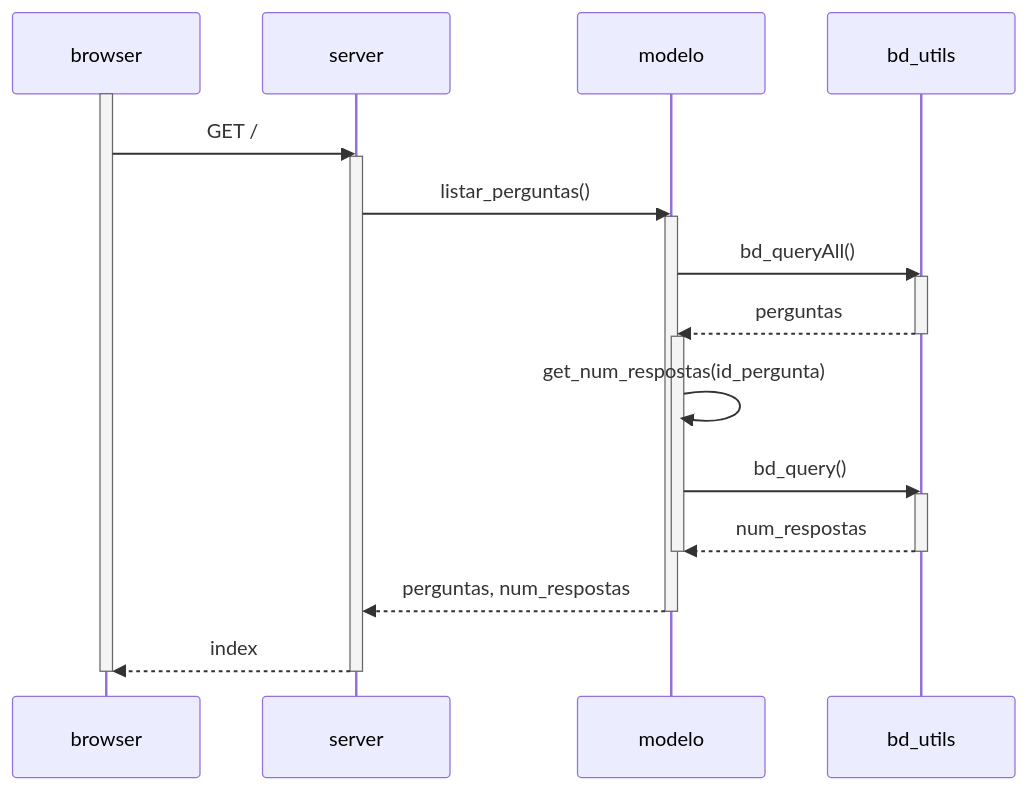
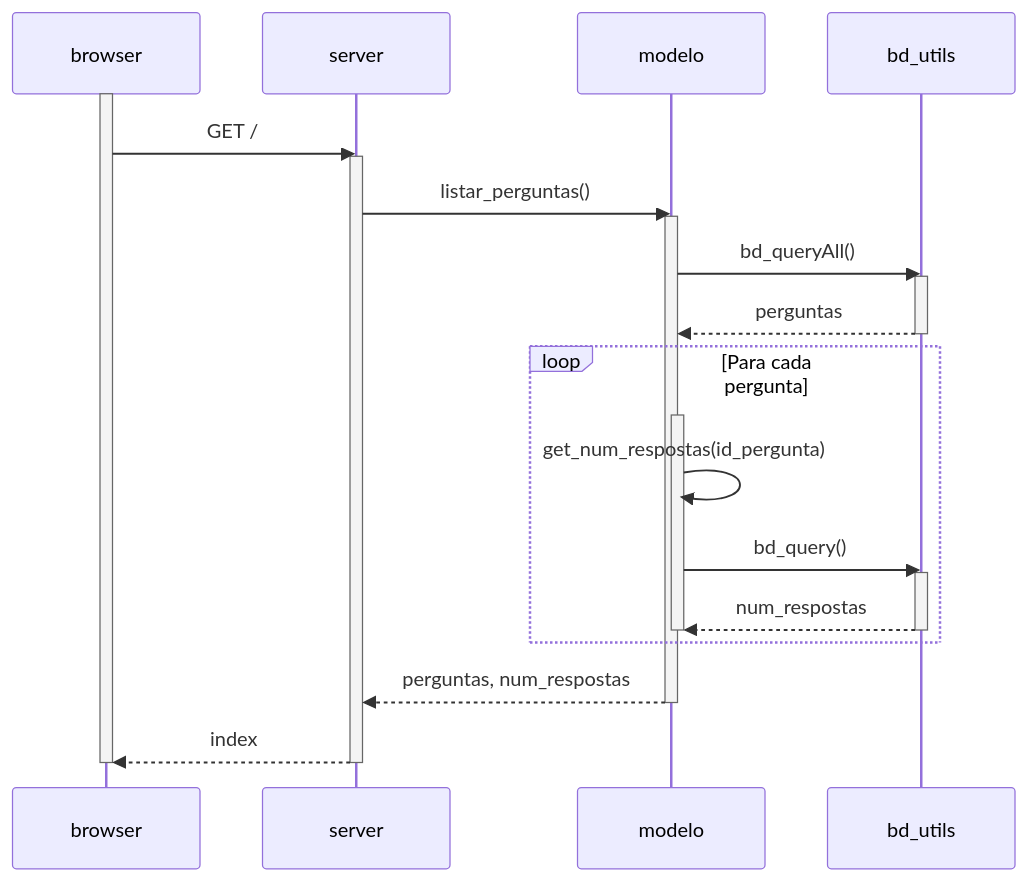
Before and after one commit to mtov/esmforum: the first of 3 diagrams in docs/uml.md, drawn with Mermaid.

````diff
--- a/docs/uml.md
+++ b/docs/uml.md
@@ -5,24 +5,26 @@
 ```mermaid
     sequenceDiagram
         activate browser
 	browser->>server: GET / 
         activate server
         server->>modelo: listar_perguntas()
         activate modelo
         modelo->>bd_utils: bd_queryAll()
         activate bd_utils
         bd_utils-->>modelo: perguntas
         deactivate bd_utils
-	activate modelo
-	modelo->>modelo: get_num_respostas(id_pergunta)
-	modelo->>bd_utils: bd_query()
-        activate bd_utils
-        bd_utils-->>modelo: num_respostas
-        deactivate bd_utils
-	deactivate modelo
+	loop Para cada pergunta
+	  activate modelo
+	  modelo->>modelo: get_num_respostas(id_pergunta)
+	  modelo->>bd_utils: bd_query()
+          activate bd_utils
+          bd_utils-->>modelo: num_respostas
+          deactivate bd_utils
+	  deactivate modelo
+	end  
         modelo-->>server: perguntas, num_respostas
         deactivate modelo
 	server-->>browser: index
 	deactivate server
 	deactivate browser
 ```	
````
